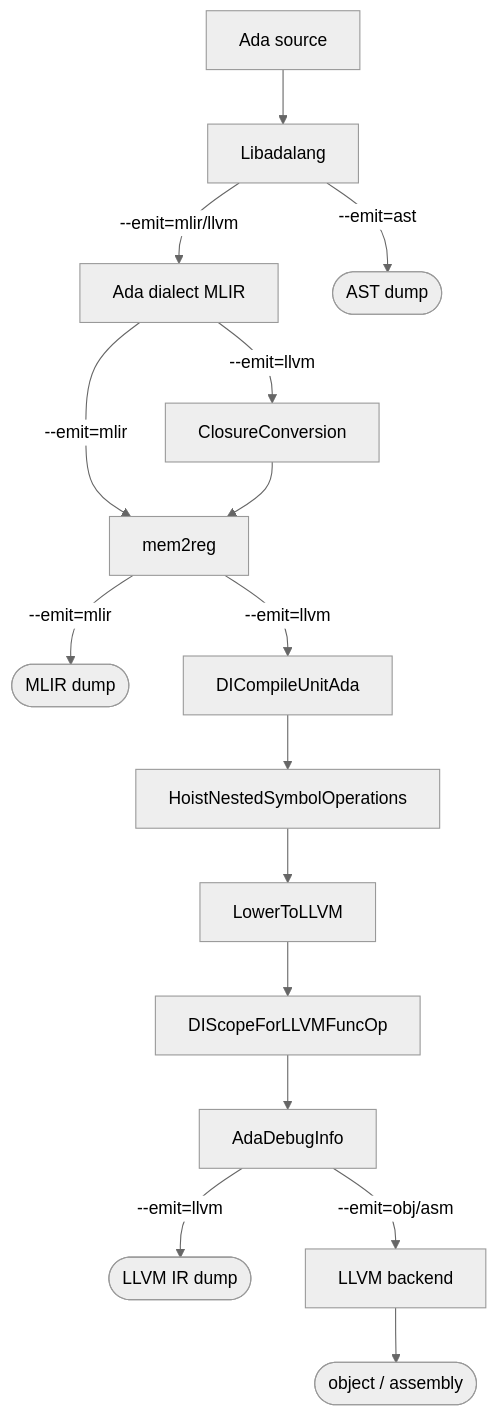
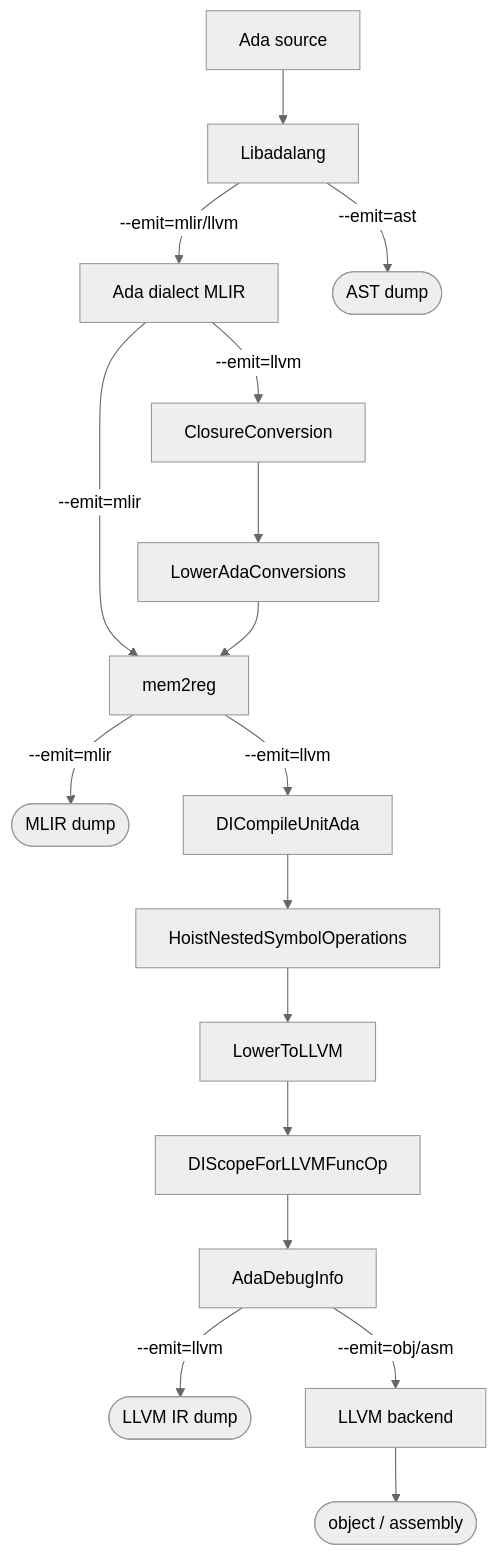
Before and after one commit to thvnx/lalvm: the diagram in docs/architecture.md, drawn with Mermaid (neutral theme). The commit also changed other lines of this file and 1 other file, not shown here.

Commit message:
[docs] Document ada.convert and LowerAdaConversions

````diff
--- a/docs/architecture.md
+++ b/docs/architecture.md
@@ -8,20 +8,21 @@
 ```mermaid
 flowchart TD
     src["Ada source"] --> ast["Libadalang"]
     ast --> |--emit=mlir/llvm|ada["Ada dialect MLIR"]
     ast -->|--emit=ast| dast(["AST dump"])
 
     ada --> |--emit=mlir|m2r["mem2reg"]
     ada --> |--emit=llvm|cc["ClosureConversion"]
-    cc --> m2r
+    cc --> conv["LowerAdaConversions"]
+    conv --> m2r
     m2r -->|--emit=mlir| dmlir(["MLIR dump"])
 
     m2r --> |--emit=llvm|cu["DICompileUnitAda"]
     cu --> hoist["HoistNestedSymbolOperations"]
     hoist --> low["LowerToLLVM"]
     low --> scope["DIScopeForLLVMFuncOp"]
     scope --> di["AdaDebugInfo"]
     di -->|--emit=llvm| dllvm(["LLVM IR dump"])
     di -->|--emit=obj/asm| be["LLVM backend"]
     be --> dcode(["object / assembly"])
 ```
````
